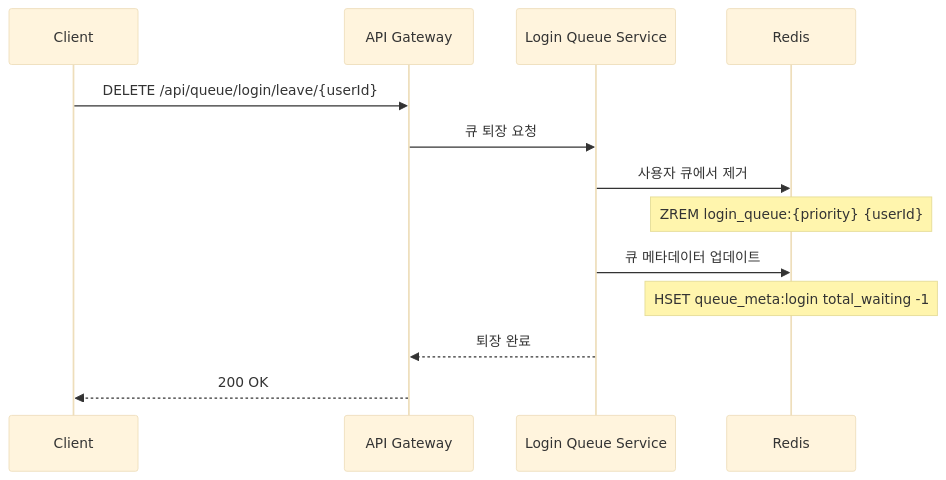
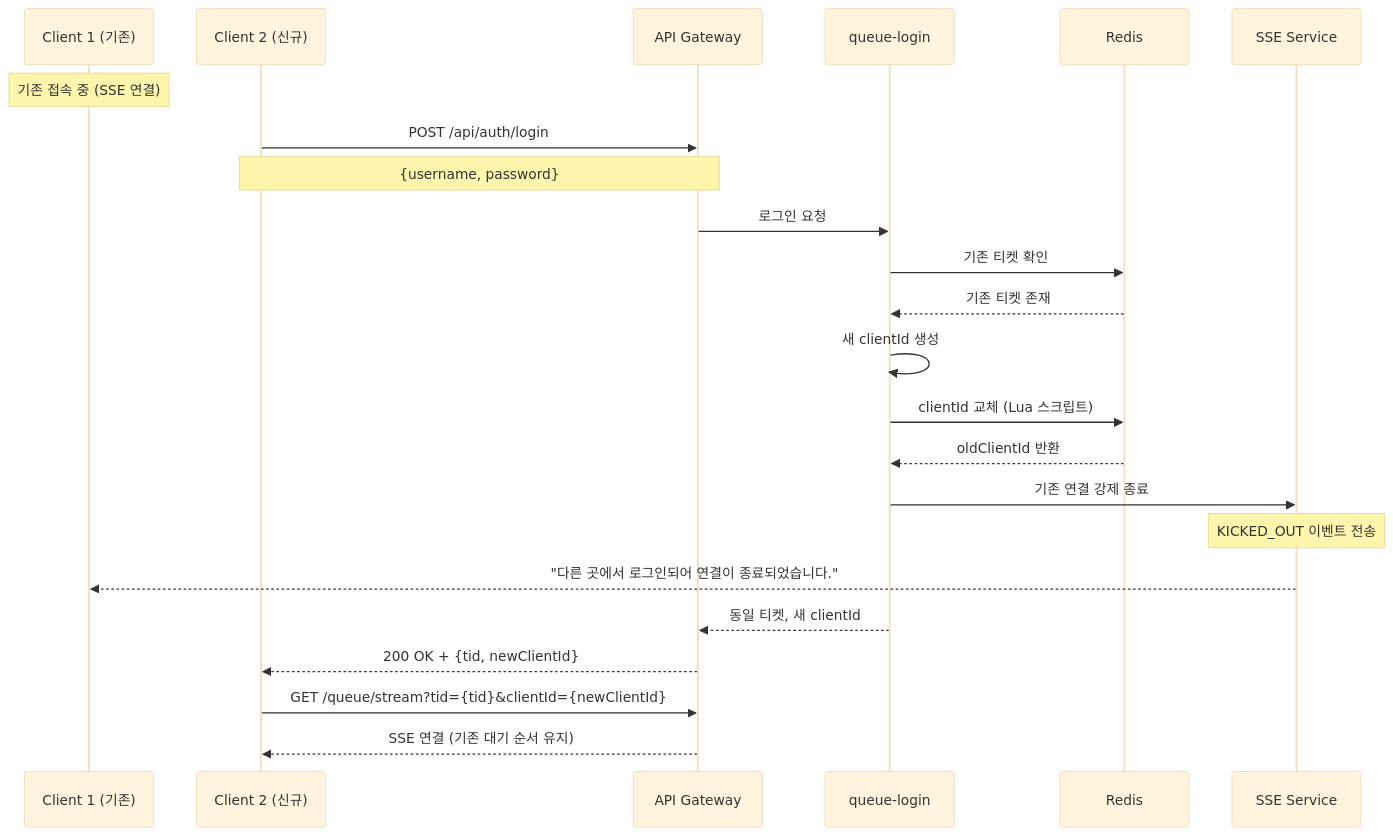
One commit to exodus-openstack/queue changed diagram 16 of 32 in docs/Usecase.md. Above: the diagram before and after it, drawn with Mermaid (base theme). The commit also changed other lines of this file and 1 other file, not shown here.

First line of the commit message:
docs: 로그인 큐 시스템 구조 반영 및 API 분리

````diff
--- a/docs/Usecase.md
+++ b/docs/Usecase.md
@@ -538,19 +711,32 @@
 ```mermaid
 sequenceDiagram
-    participant C as Client
+    participant C1 as Client 1 (기존)
+    participant C2 as Client 2 (신규)
     participant API as API Gateway
-    participant LoginQ as Login Queue Service
+    participant Login as queue-login
     participant Redis as Redis
+    participant SSE as SSE Service
     
-    C->>API: DELETE /api/queue/login/leave/{userId}
+    Note over C1: 기존 접속 중 (SSE 연결)
     
-    API->>LoginQ: 큐 퇴장 요청
-    LoginQ->>Redis: 사용자 큐에서 제거
-    Note over Redis: ZREM login_queue:{priority} {userId}
+    C2->>API: POST /api/auth/login
+    Note over C2,API: {username, password}
     
-    LoginQ->>Redis: 큐 메타데이터 업데이트
-    Note over Redis: HSET queue_meta:login total_waiting -1
+    API->>Login: 로그인 요청
+    Login->>Redis: 기존 티켓 확인
+    Redis-->>Login: 기존 티켓 존재
     
-    LoginQ-->>API: 퇴장 완료
-    API-->>C: 200 OK
+    Login->>Login: 새 clientId 생성
+    Login->>Redis: clientId 교체 (Lua 스크립트)
+    Redis-->>Login: oldClientId 반환
+    
+    Login->>SSE: 기존 연결 강제 종료
+    Note over SSE: KICKED_OUT 이벤트 전송
+    SSE-->>C1: "다른 곳에서 로그인되어 연결이 종료되었습니다."
+    
+    Login-->>API: 동일 티켓, 새 clientId
+    API-->>C2: 200 OK + {tid, newClientId}
+    
+    C2->>API: GET /queue/stream?tid={tid}&clientId={newClientId}
+    API-->>C2: SSE 연결 (기존 대기 순서 유지)
 ```
````
